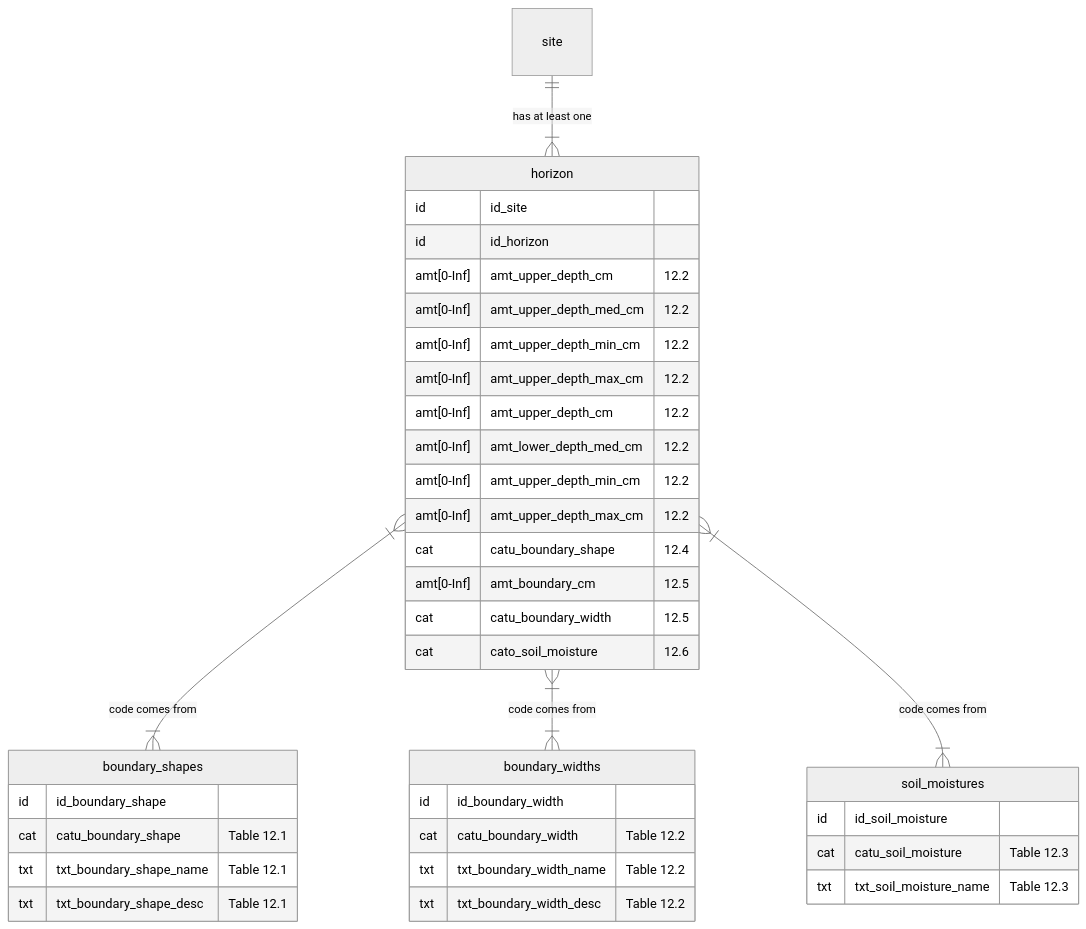
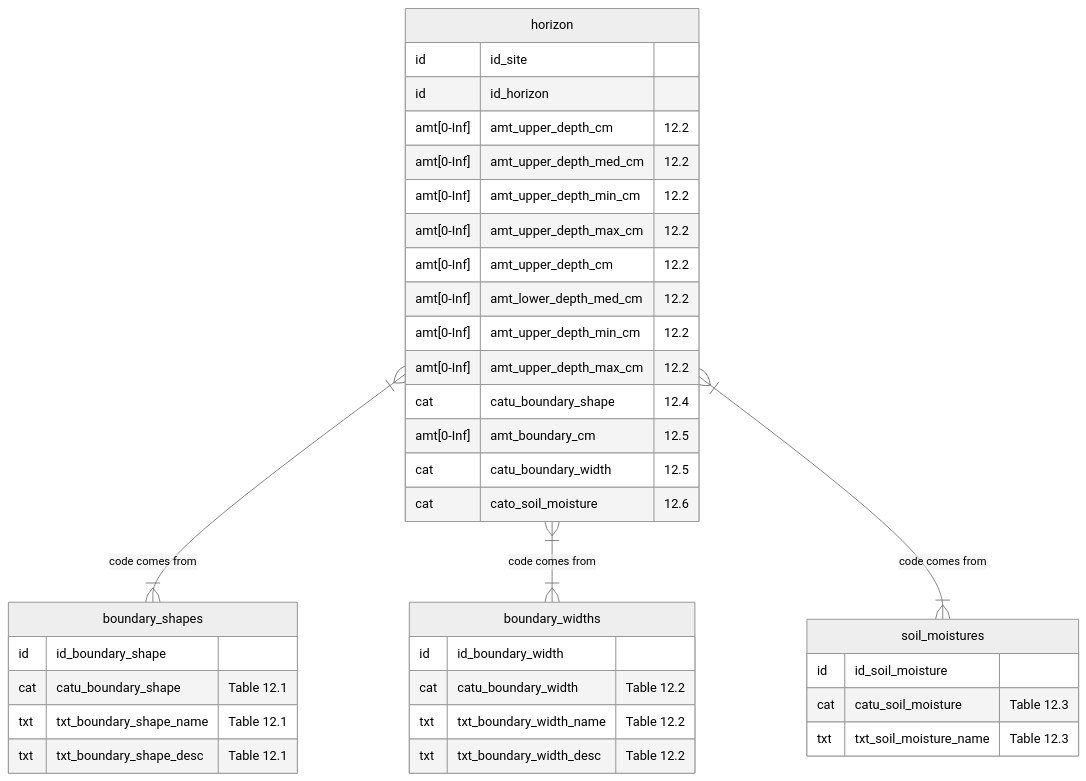
The ninth of 25 diagrams in ap_03_database_design.qmd (manaakiwhenua/NZ_soildesc_2024), drawn with Mermaid (neutral theme) before and after one commit. The commit also changed other lines of this file, not shown here.

````diff
--- a/ap_03_database_design.qmd
+++ b/ap_03_database_design.qmd
@@ -592,48 +634,47 @@
 ```{mermaid}
 %%| fig-cap: "Horizon - Details"
 
 %%{ init: { 'er': { 'layoutDirection': 'LR' } } }%%
 erDiagram
-  site ||--|{ horizon : "has at least one"
   horizon }|--|{ boundary_shapes : "code comes from"
   horizon }|--|{ boundary_widths : "code comes from"
   horizon }|--|{ soil_moistures : "code comes from"
   
   horizon {
   id         id_site
   id         id_horizon
   amt[0-Inf] amt_upper_depth_cm      "12.2"
   amt[0-Inf] amt_upper_depth_med_cm  "12.2"
   amt[0-Inf] amt_upper_depth_min_cm  "12.2"
   amt[0-Inf] amt_upper_depth_max_cm  "12.2"
   amt[0-Inf] amt_upper_depth_cm      "12.2"
   amt[0-Inf] amt_lower_depth_med_cm  "12.2"
   amt[0-Inf] amt_upper_depth_min_cm  "12.2"
   amt[0-Inf] amt_upper_depth_max_cm  "12.2"
   cat        catu_boundary_shape     "12.4"
   amt[0-Inf] amt_boundary_cm         "12.5"
   cat        catu_boundary_width     "12.5" 
   cat        cato_soil_moisture      "12.6"
   }
   
   boundary_shapes {
     id          id_boundary_shape
     cat         catu_boundary_shape          "Table 12.1"
     txt         txt_boundary_shape_name      "Table 12.1"
     txt         txt_boundary_shape_desc      "Table 12.1"
   }
  
   boundary_widths {
     id          id_boundary_width
     cat         catu_boundary_width          "Table 12.2"
     txt         txt_boundary_width_name      "Table 12.2"
     txt         txt_boundary_width_desc      "Table 12.2"
   } 
   
   soil_moistures {
     id          id_soil_moisture
     cat         catu_soil_moisture          "Table 12.3"
     txt         txt_soil_moisture_name      "Table 12.3"
   }
   
 ```
````
